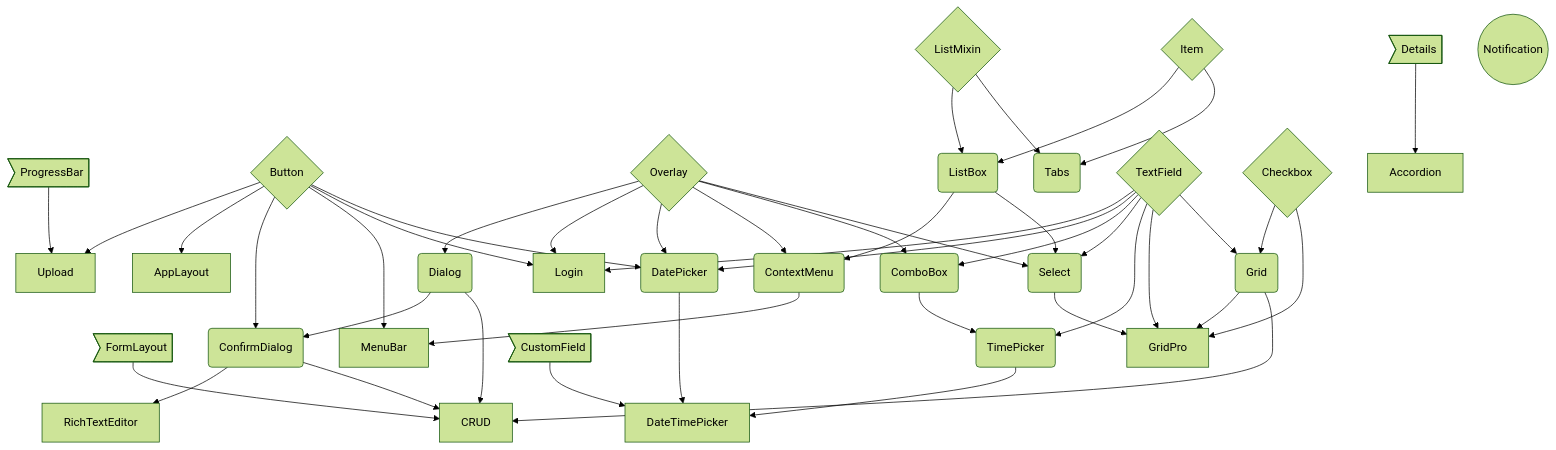
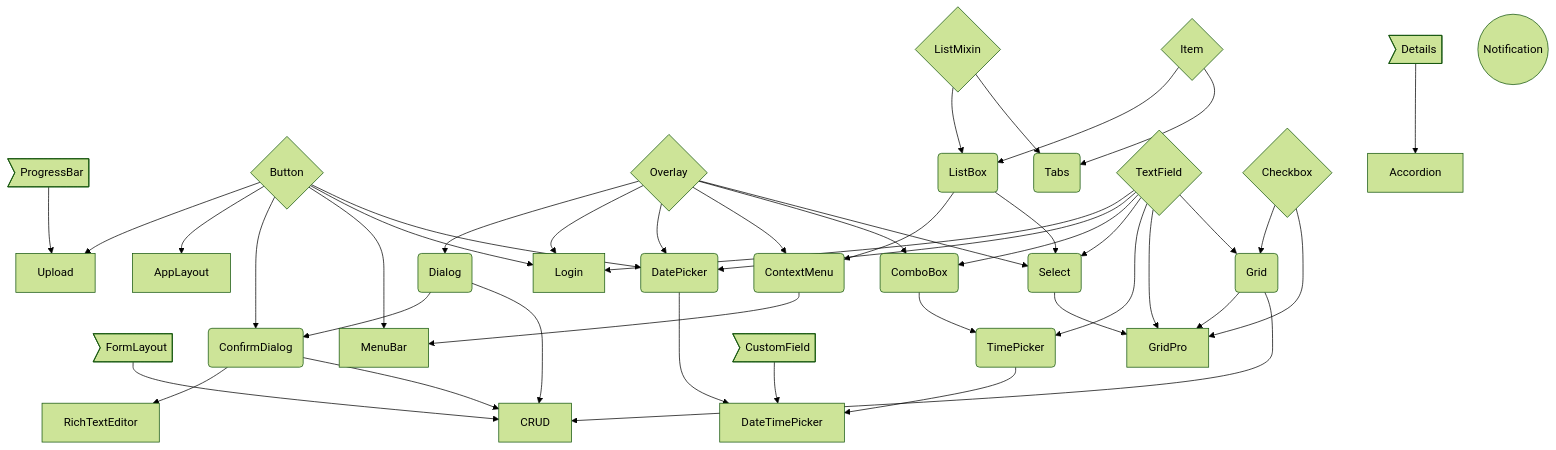
The diagram in COMPONENTS.md (web-padawan/components-flowchart), drawn with Mermaid (forest theme) before and after one commit.

Commit message:
Rearrange custom-field and date-time-picker

````diff
--- a/COMPONENTS.md
+++ b/COMPONENTS.md
@@ -1,73 +1,74 @@
 ```mermaid
 graph TB
 
 PB>ProgressBar]
 FL>FormLayout]
 B{Button}
 O{Overlay}
 LM{ListMixin}
 I{Item}
 LM --> LB(ListBox)
 LM --> TB(Tabs)
 I --> LB
 I --> TB
 
 T{TextField}
 C{Checkbox}
 DT>Details]
 N((Notification))
 
 FL --> CR[CRUD]
 PB --> U[Upload]
 
 B --> U[Upload]
 B --> AL[AppLayout]
 B --> CD(ConfirmDialog)
 B --> MB[MenuBar]
 B --> LG[Login]
 B --> DP(DatePicker)
 
 CB --> TP(TimePicker)
-CF>CustomField]
-CF --> DTP[DateTimePicker]
 
 O --> D(Dialog)
 O --> LG
 O --> DP
 O --> CM(ContextMenu)
 O --> CB(ComboBox)
 O --> S(Select)
 
 D --> CD
 
 T --> LG
 T --> DP
 T --> CB
 T --> S
 T --> TP
 
 LB --> CM
 LB --> S
 
-DP --> DTP
+DP --> DTP[DateTimePicker]
 TP --> DTP
 
 CD --> RTE[RichTextEditor]
 
 S --> GP
 T --> GP
+
+CF>CustomField]
+CF --> DTP
 
 C --> G(Grid)
 T --> G
 
 C --> GP
 
 CM --> MB
 
 DT --> A[Accordion]
 
 D --> CR
 G --> GP[GridPro]
 CD --> CR
 G --> CR
 ```
````
